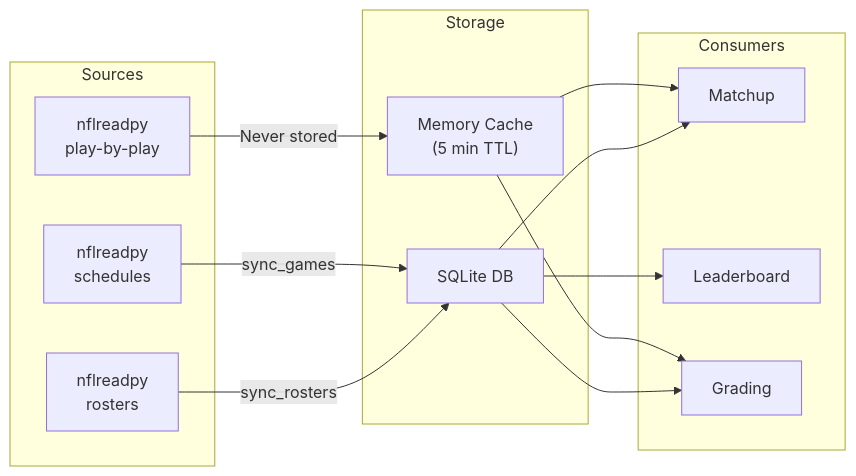
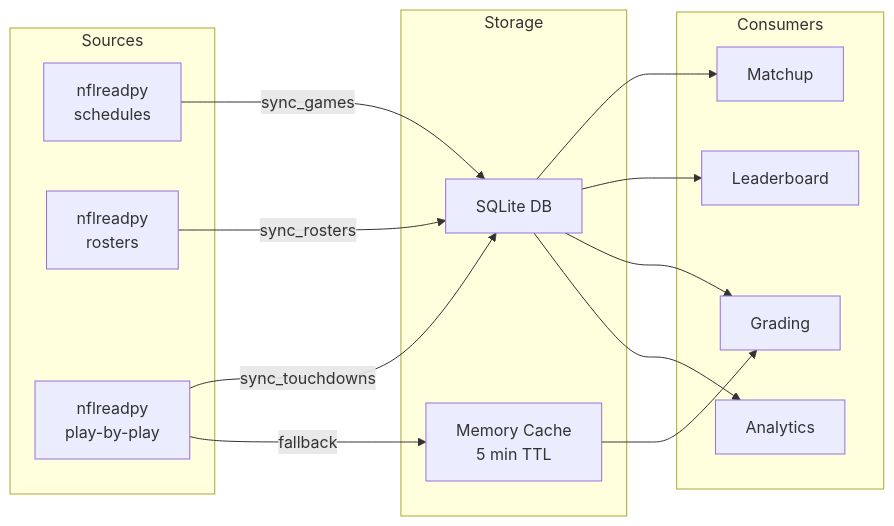
One commit to akursar1107/Antigravity-Fast6 changed the second of 6 diagrams in docs/ARCHITECTURE_DIAGRAMS.md. Above: the diagram before and after it, drawn with Mermaid. The commit also changed other lines of this file and 23 other files, not shown here.

````diff
--- a/docs/ARCHITECTURE_DIAGRAMS.md
+++ b/docs/ARCHITECTURE_DIAGRAMS.md
@@ -81,28 +82,30 @@
 ```mermaid
 flowchart LR
     subgraph Sources["Sources"]
         S1["nflreadpy\nschedules"]
         S2["nflreadpy\nrosters"]
         S3["nflreadpy\nplay-by-play"]
     end
 
     subgraph Storage["Storage"]
         DB["SQLite DB"]
-        CACHE["Memory Cache\n(5 min TTL)"]
+        CACHE["Memory Cache\n5 min TTL"]
     end
 
     subgraph Sinks["Consumers"]
         M["Matchup"]
         L["Leaderboard"]
         G["Grading"]
+        A["Analytics"]
     end
 
     S1 -->|"sync_games"| DB
     S2 -->|"sync_rosters"| DB
-    S3 -->|" Never stored"| CACHE
-    CACHE --> M
+    S3 -->|"sync_touchdowns"| DB
+    S3 -->|"fallback"| CACHE
     CACHE --> G
     DB --> M
     DB --> L
     DB --> G
+    DB --> A
 ```
````
